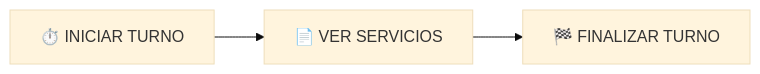
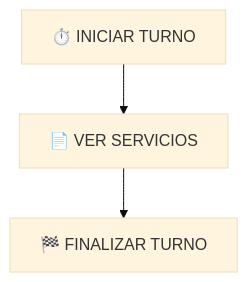
One commit to dwn10/C_Gacela changed the second of 2 diagrams in README.md. Above: the diagram before and after it, drawn with Mermaid (base theme).

````diff
--- a/README.md
+++ b/README.md
@@ -47,5 +47,5 @@
 ```mermaid
-graph LR
+graph TD
     A[⏱️ INICIAR TURNO] --> B[📄 VER SERVICIOS]
     B --> C[🏁 FINALIZAR TURNO]
 ```
````
